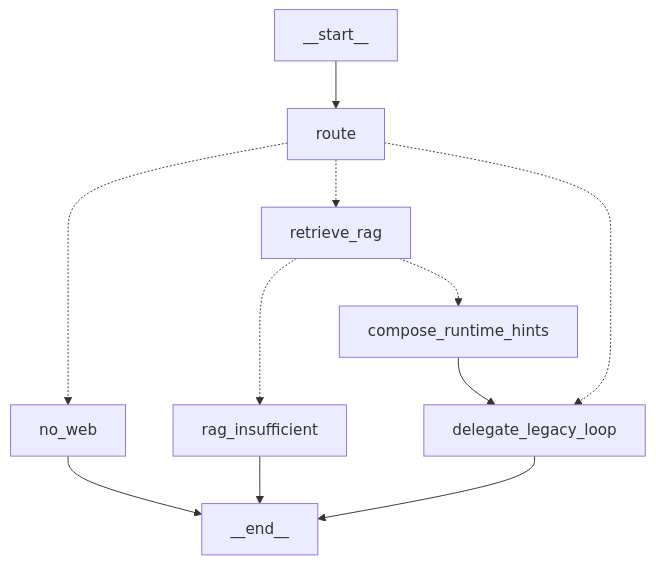
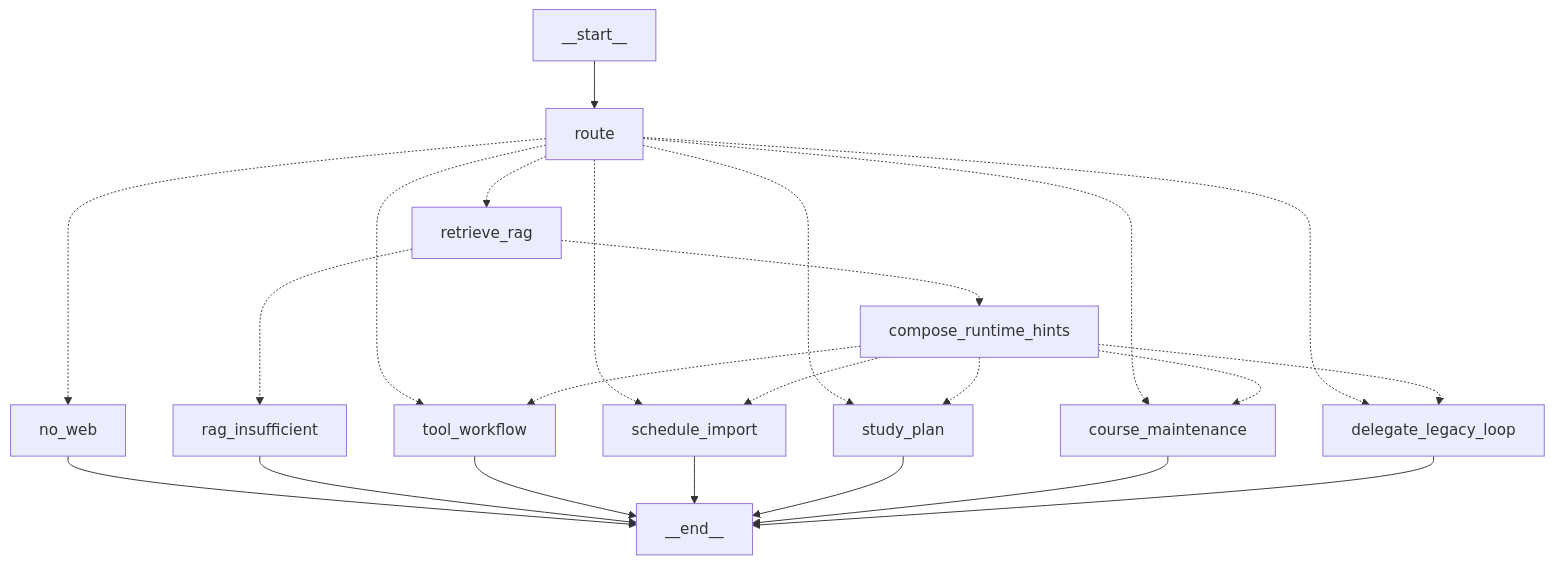
The diagram in student-planner/app/agent/LANGGRAPH_MIGRATION_CONTRACTS.md (janzigc10/student-planner-agent), drawn with Mermaid before and after one commit. The commit also changed other lines of this file and 7 other files, not shown here.

Commit message:
Migrate LangGraph action routes off legacy delegate

````diff
--- a/student-planner/app/agent/LANGGRAPH_MIGRATION_CONTRACTS.md
+++ b/student-planner/app/agent/LANGGRAPH_MIGRATION_CONTRACTS.md
@@ -35,13 +36,25 @@
 ```mermaid
 graph TD
   __start__ --> route
   route -.-> no_web
   route -.-> retrieve_rag
+  route -.-> tool_workflow
+  route -.-> schedule_import
+  route -.-> study_plan
+  route -.-> course_maintenance
   route -.-> delegate_legacy_loop
   retrieve_rag -.-> rag_insufficient
   retrieve_rag -.-> compose_runtime_hints
-  compose_runtime_hints --> delegate_legacy_loop
+  compose_runtime_hints -.-> tool_workflow
+  compose_runtime_hints -.-> schedule_import
+  compose_runtime_hints -.-> study_plan
+  compose_runtime_hints -.-> course_maintenance
+  compose_runtime_hints -.-> delegate_legacy_loop
   no_web --> __end__
   rag_insufficient --> __end__
+  tool_workflow --> __end__
+  schedule_import --> __end__
+  study_plan --> __end__
+  course_maintenance --> __end__
   delegate_legacy_loop --> __end__
 ```
````
